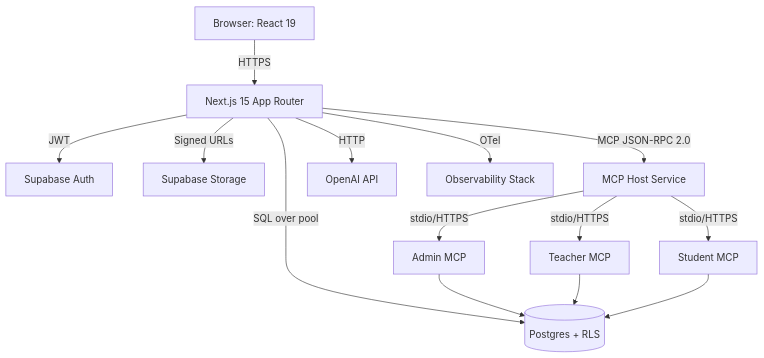
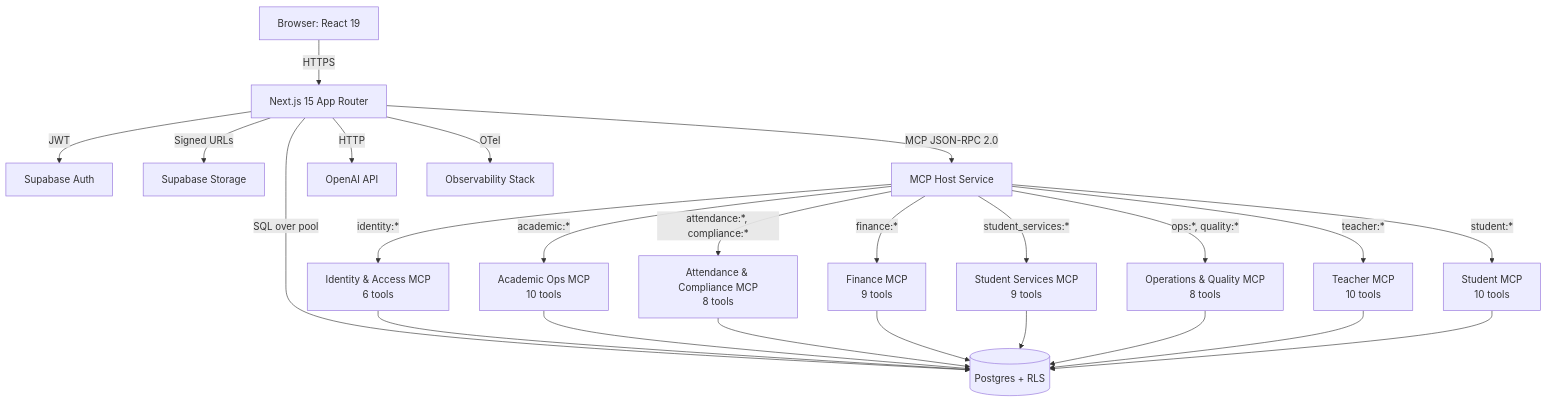
Before and after one commit to jojopeligroso/MyCastle: the first of 2 diagrams in DESIGN.md, drawn with Mermaid. The commit also changed other lines of this file and 3 other files, not shown here.

First line of the commit message:
feat: Implement v3.0 8-MCP domain-driven architecture (all ≤10 tools)

````diff
--- a/DESIGN.md
+++ b/DESIGN.md
@@ -54,16 +76,29 @@
 ```mermaid
 graph TD
     A[Browser: React 19] -->|HTTPS| B[Next.js 15 App Router]
     B -->|JWT| C[Supabase Auth]
     B -->|SQL over pool| D[(Postgres + RLS)]
     B -->|Signed URLs| E[Supabase Storage]
     B -->|MCP JSON-RPC 2.0| F[MCP Host Service]
-    F -->|stdio/HTTPS| G[Admin MCP]
-    F -->|stdio/HTTPS| H[Teacher MCP]
-    F -->|stdio/HTTPS| I[Student MCP]
-    G --> D
+
+    F -->|identity:*| G1[Identity & Access MCP<br/>6 tools]
+    F -->|academic:*| G2[Academic Ops MCP<br/>10 tools]
+    F -->|attendance:*, compliance:*| G3[Attendance & Compliance MCP<br/>8 tools]
+    F -->|finance:*| G4[Finance MCP<br/>9 tools]
+    F -->|student_services:*| G5[Student Services MCP<br/>9 tools]
+    F -->|ops:*, quality:*| G6[Operations & Quality MCP<br/>8 tools]
+    F -->|teacher:*| H[Teacher MCP<br/>10 tools]
+    F -->|student:*| I[Student MCP<br/>10 tools]
+
+    G1 --> D
+    G2 --> D
+    G3 --> D
+    G4 --> D
+    G5 --> D
+    G6 --> D
     H --> D
     I --> D
+
     B -->|HTTP| J[OpenAI API]
     B -->|OTel| K[Observability Stack]
 ```
````
